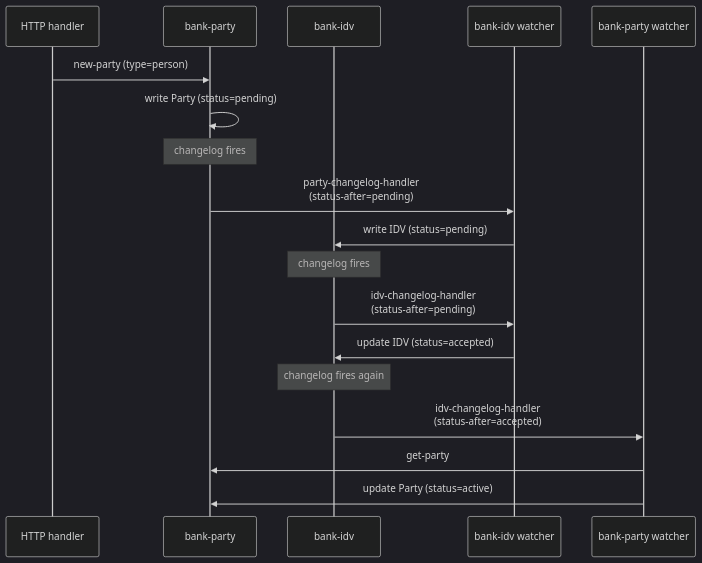
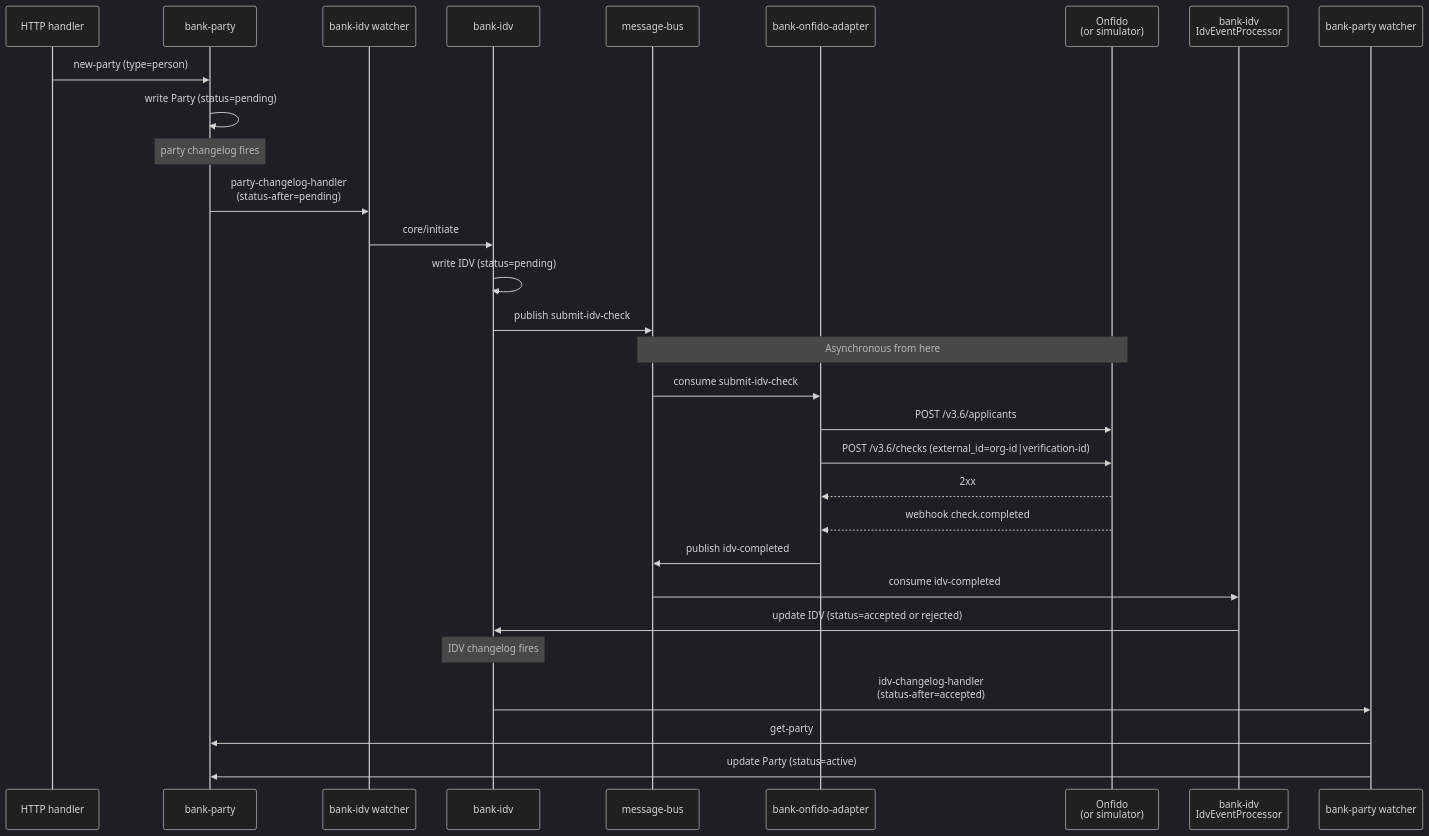
The second of 2 diagrams in docs/tdd/parties.md (kjothen/queenswood), drawn with Mermaid (dark theme) before and after one commit. The commit also changed other lines of this file and 215 other files, not shown here.

````diff
--- a/docs/tdd/parties.md
+++ b/docs/tdd/parties.md
@@ -176,24 +214,38 @@
 ```mermaid
 sequenceDiagram
     participant H as HTTP handler
     participant P as bank-party
+    participant W1 as bank-idv watcher
     participant I as bank-idv
-    participant W1 as bank-idv watcher
+    participant B as message-bus
+    participant A as bank-onfido-adapter
+    participant O as Onfido<br/>(or simulator)
+    participant E as bank-idv<br/>IdvEventProcessor
     participant W2 as bank-party watcher
 
     H->>P: new-party (type=person)
     P->>P: write Party (status=pending)
-    Note over P: changelog fires
+    Note over P: party changelog fires
 
     P->>W1: party-changelog-handler<br/>(status-after=pending)
-    W1->>I: write IDV (status=pending)
-    Note over I: changelog fires
+    W1->>I: core/initiate
+    I->>I: write IDV (status=pending)
+    I->>B: publish submit-idv-check
 
-    I->>W1: idv-changelog-handler<br/>(status-after=pending)
-    W1->>I: update IDV (status=accepted)
-    Note over I: changelog fires again
+    Note over B,O: Asynchronous from here
+
+    B->>A: consume submit-idv-check
+    A->>O: POST /v3.6/applicants
+    A->>O: POST /v3.6/checks (external_id=org-id|verification-id)
+    O-->>A: 2xx
+    O-->>A: webhook check.completed
+    A->>B: publish idv-completed
+
+    B->>E: consume idv-completed
+    E->>I: update IDV (status=accepted or rejected)
+    Note over I: IDV changelog fires
 
     I->>W2: idv-changelog-handler<br/>(status-after=accepted)
     W2->>P: get-party
     W2->>P: update Party (status=active)
 ```
````
